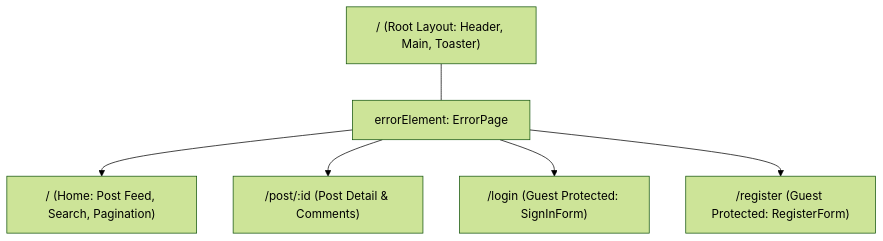
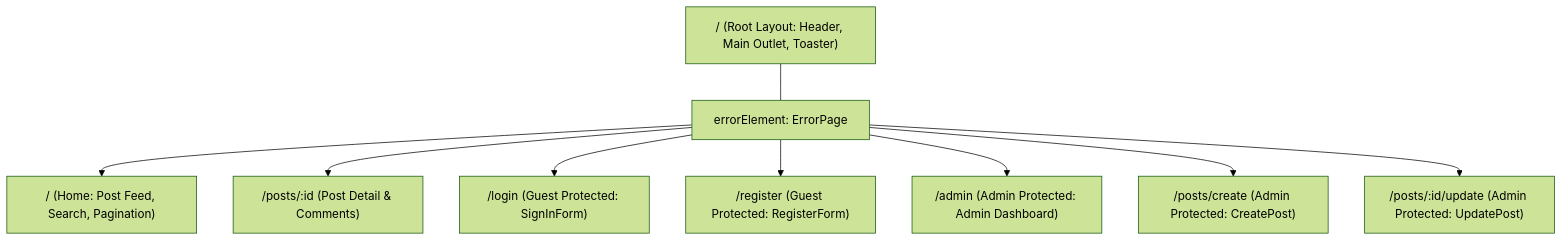
One commit to feddevv/blog-client changed the fourth of 5 diagrams in docs/architecture.md. Above: the diagram before and after it, drawn with Mermaid (forest theme). The commit also changed other lines of this file, not shown here.

Commit message:
docs: update architecture documentation to reflect all changes

````diff
--- a/docs/architecture.md
+++ b/docs/architecture.md
@@ -284,11 +316,14 @@
 ```mermaid
 graph TD
-    RootLayout["/ (Root Layout: Header, Main, Toaster)"]
+    RootLayout["/ (Root Layout: Header, Main Outlet, Toaster)"]
     ErrorBound["errorElement: ErrorPage"]
 
     RootLayout --- ErrorBound
     ErrorBound --> Home["/ (Home: Post Feed, Search, Pagination)"]
-    ErrorBound --> Post["/post/:id (Post Detail & Comments)"]
+    ErrorBound --> Post["/posts/:id (Post Detail & Comments)"]
     ErrorBound --> Login["/login (Guest Protected: SignInForm)"]
     ErrorBound --> Register["/register (Guest Protected: RegisterForm)"]
+    ErrorBound --> Admin["/admin (Admin Protected: Admin Dashboard)"]
+    ErrorBound --> CreatePost["/posts/create (Admin Protected: CreatePost)"]
+    ErrorBound --> UpdatePost["/posts/:id/update (Admin Protected: UpdatePost)"]
 ```
````
